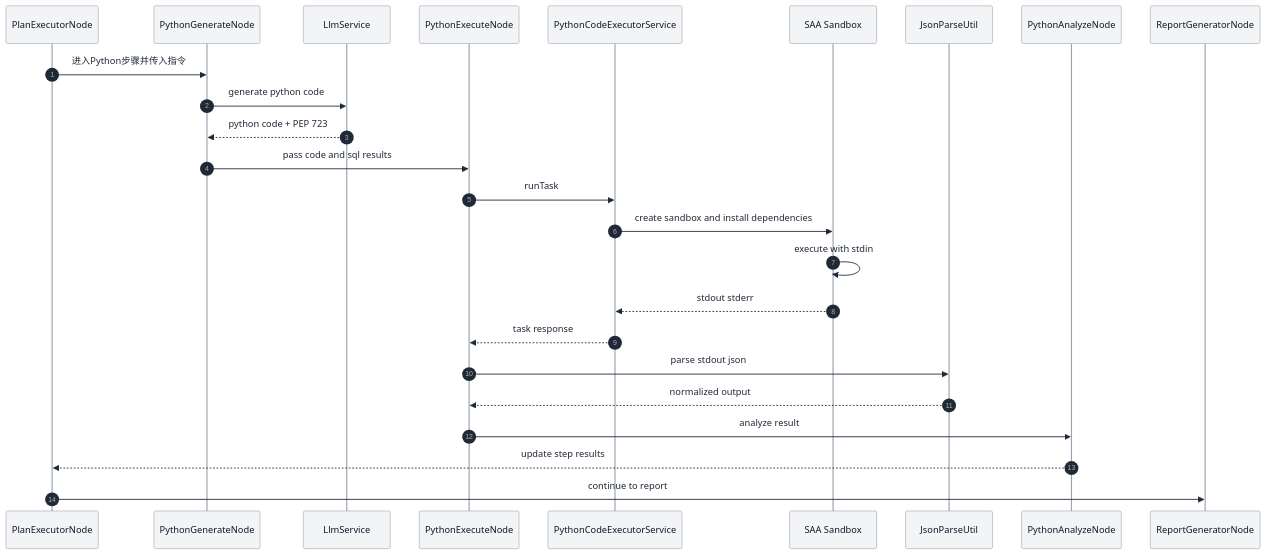
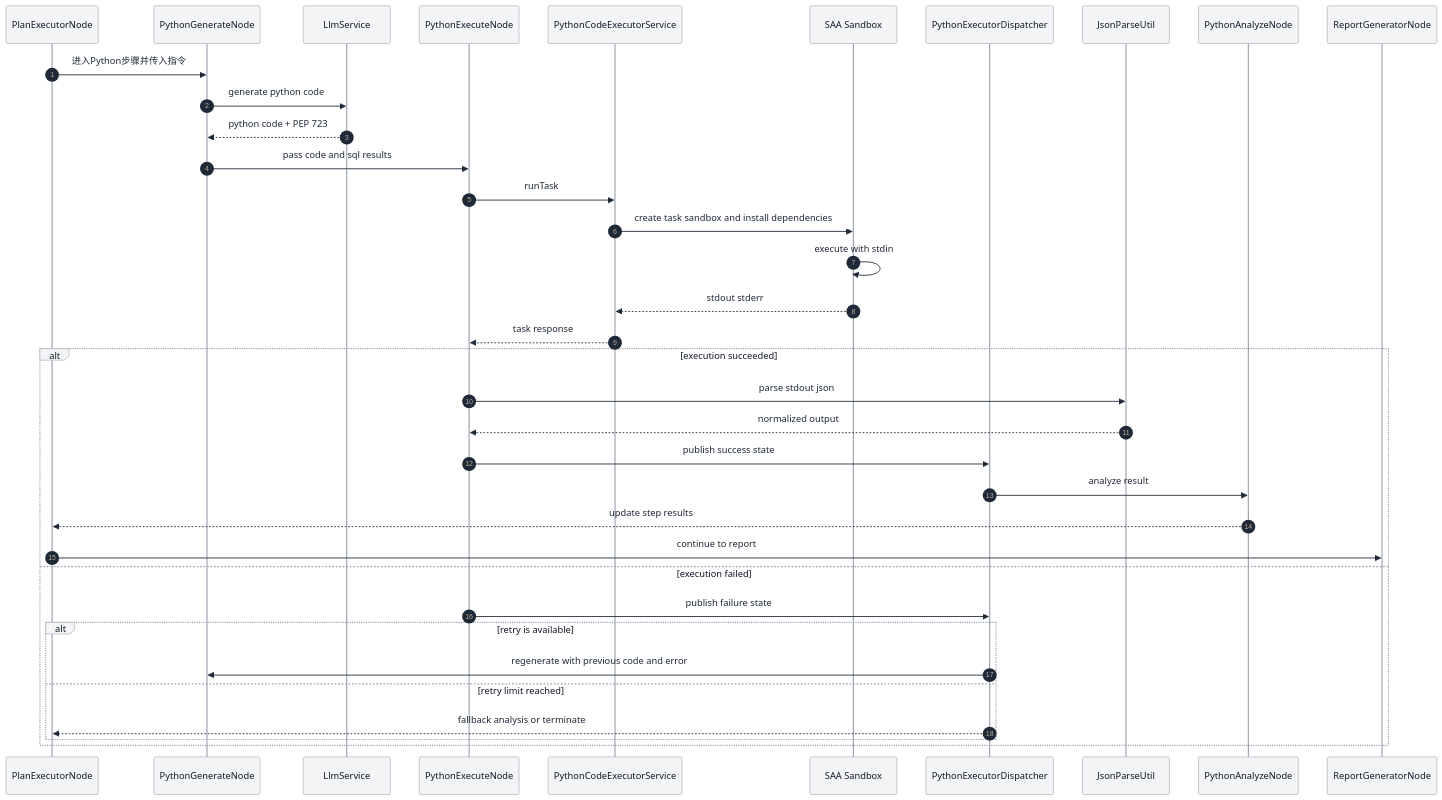
Diagram 18 of 18 in docs/ARCHITECTURE.md (spring-ai-alibaba/DataAgent), drawn with Mermaid before and after one commit. The commit also changed other lines of this file and 10 other files, not shown here.

````diff
--- a/docs/ARCHITECTURE.md
+++ b/docs/ARCHITECTURE.md
@@ -701,29 +719,40 @@
 ```mermaid
 %%{init: {"theme": "base", "themeVariables": {"primaryColor": "#E3F2FD", "primaryBorderColor": "#1E88E5", "primaryTextColor": "#1F2937", "lineColor": "#4B5563", "secondaryColor": "#E8F5E9", "tertiaryColor": "#FFF1D6", "actorBkg": "#F3F4F6", "actorBorder": "#9CA3AF", "actorTextColor": "#111827", "noteBkgColor": "#FFF8E1", "noteTextColor": "#1F2937"}}}%%
 sequenceDiagram
   autonumber
   participant P as PlanExecutorNode
   participant G as PythonGenerateNode
   participant L as LlmService
   participant E as PythonExecuteNode
   participant CP as PythonCodeExecutorService
   participant S as SAA Sandbox
+  participant D as PythonExecutorDispatcher
   participant J as JsonParseUtil
   participant A as PythonAnalyzeNode
   participant R as ReportGeneratorNode
 
   P->>G: 进入Python步骤并传入指令
   G->>L: generate python code
   L-->>G: python code + PEP 723
   G->>E: pass code and sql results
   E->>CP: runTask
-  CP->>S: create sandbox and install dependencies
+  CP->>S: create task sandbox and install dependencies
   S->>S: execute with stdin
   S-->>CP: stdout stderr
   CP-->>E: task response
-  E->>J: parse stdout json
-  J-->>E: normalized output
-  E->>A: analyze result
-  A-->>P: update step results
-  P->>R: continue to report
+  alt execution succeeded
+    E->>J: parse stdout json
+    J-->>E: normalized output
+    E->>D: publish success state
+    D->>A: analyze result
+    A-->>P: update step results
+    P->>R: continue to report
+  else execution failed
+    E->>D: publish failure state
+    alt retry is available
+      D->>G: regenerate with previous code and error
+    else retry limit reached
+      D-->>P: fallback analysis or terminate
+    end
+  end
 ```
````
